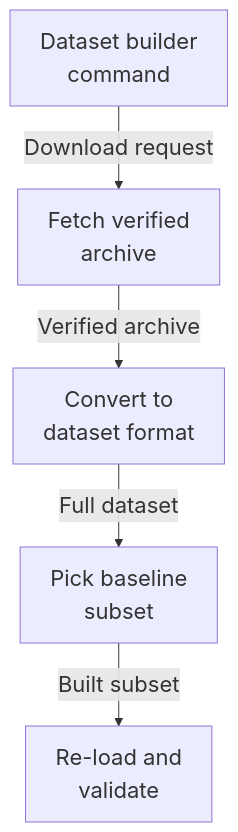
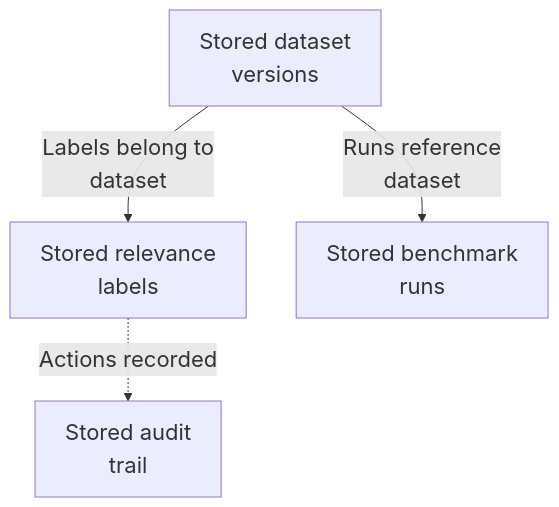
The fourth of 4 diagrams in maps/evaluation/README.md (Justin-Mendoza/Afterclass), drawn with Mermaid before and after one commit. The commit also changed other lines of this file and 85 other files, not shown here.

````diff
--- a/maps/evaluation/README.md
+++ b/maps/evaluation/README.md
@@ -110,13 +151,11 @@
 ```mermaid
 %%{init: {"themeVariables": {"fontSize": "22px"}}}%%
 flowchart TD
-  n0["Dataset builder<br/>command"]
-  n1["Fetch verified<br/>archive"]
-  n2["Convert to<br/>dataset format"]
-  n3["Pick baseline<br/>subset"]
-  n4["Re-load and<br/>validate"]
-  n0 -->|"Download request"| n1
-  n1 -->|"Verified archive"| n2
-  n2 -->|"Full dataset"| n3
-  n3 -->|"Built subset"| n4
+  n0["Stored dataset<br/>versions"]
+  n1["Stored relevance<br/>labels"]
+  n2["Stored benchmark<br/>runs"]
+  n3["Stored audit<br/>trail"]
+  n0 -->|"Labels belong to<br/>dataset"| n1
+  n0 -->|"Runs reference<br/>dataset"| n2
+  n1 -.->|"Actions recorded"| n3
 ```
````
